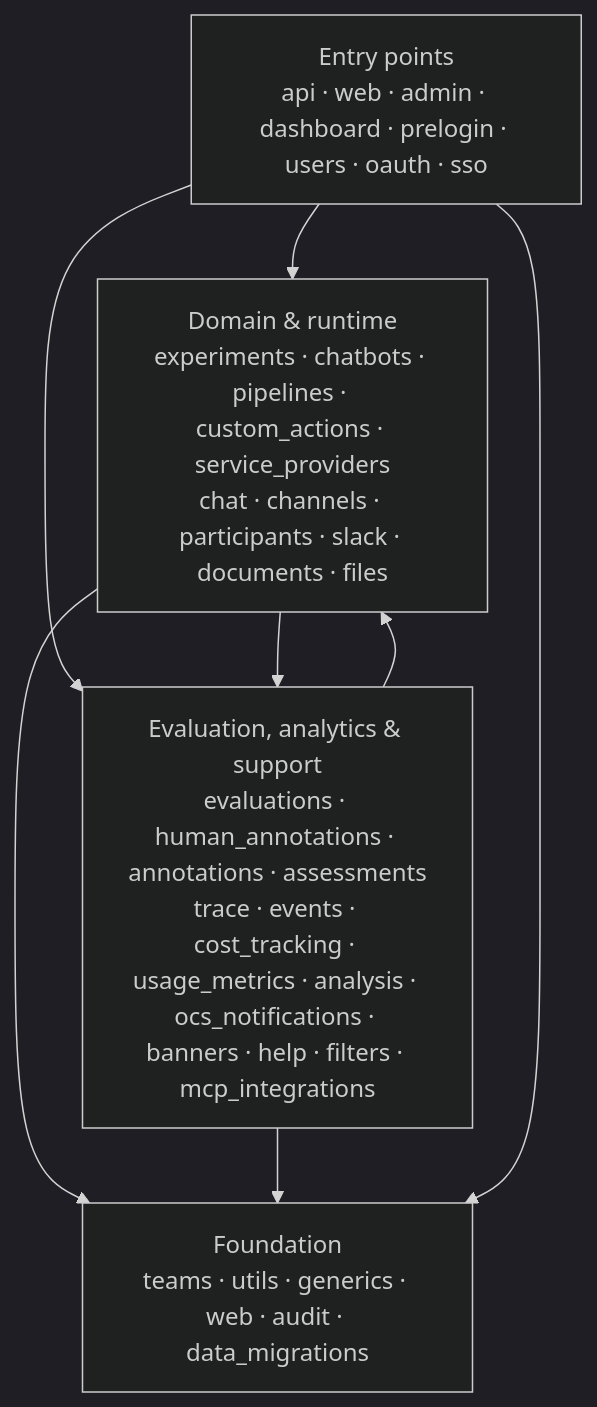
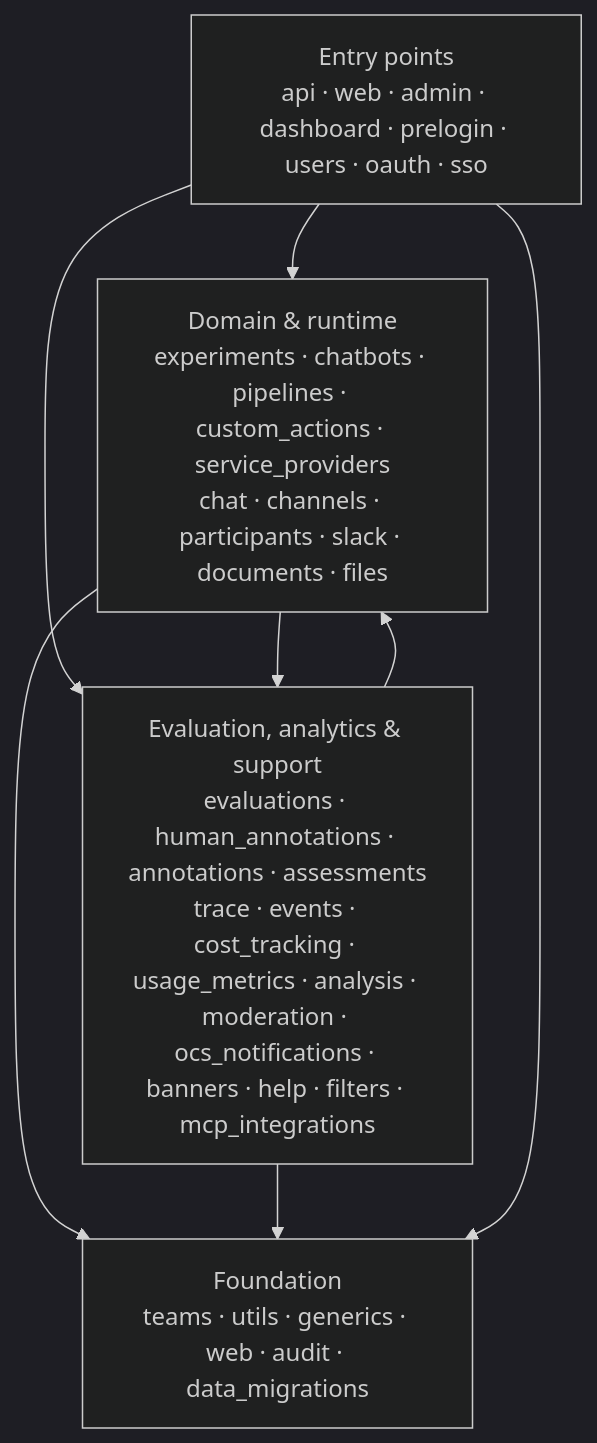
One commit to dimagi/open-chat-studio changed the diagram in docs/architecture/package-map.md. Above: the diagram before and after it, drawn with Mermaid (dark theme). The commit also changed other lines of this file, not shown here.

Commit message:
docs: add moderation app to package map

````diff
--- a/docs/architecture/package-map.md
+++ b/docs/architecture/package-map.md
@@ -23,15 +23,15 @@
 ```mermaid
 flowchart TD
     EP["Entry points<br/>api · web · admin · dashboard · prelogin · users · oauth · sso"]
     DOM["Domain & runtime<br/>experiments · chatbots · pipelines · custom_actions · service_providers<br/>chat · channels · participants · slack · documents · files"]
-    FEAT["Evaluation, analytics & support<br/>evaluations · human_annotations · annotations · assessments<br/>trace · events · cost_tracking · usage_metrics · analysis · ocs_notifications · banners · help · filters · mcp_integrations"]
+    FEAT["Evaluation, analytics & support<br/>evaluations · human_annotations · annotations · assessments<br/>trace · events · cost_tracking · usage_metrics · analysis · moderation · ocs_notifications · banners · help · filters · mcp_integrations"]
     FND["Foundation<br/>teams · utils · generics · web · audit · data_migrations"]
 
     EP --> DOM
     EP --> FEAT
     DOM --> FEAT
     FEAT --> DOM
     DOM --> FND
     FEAT --> FND
     EP --> FND
 ```
````
